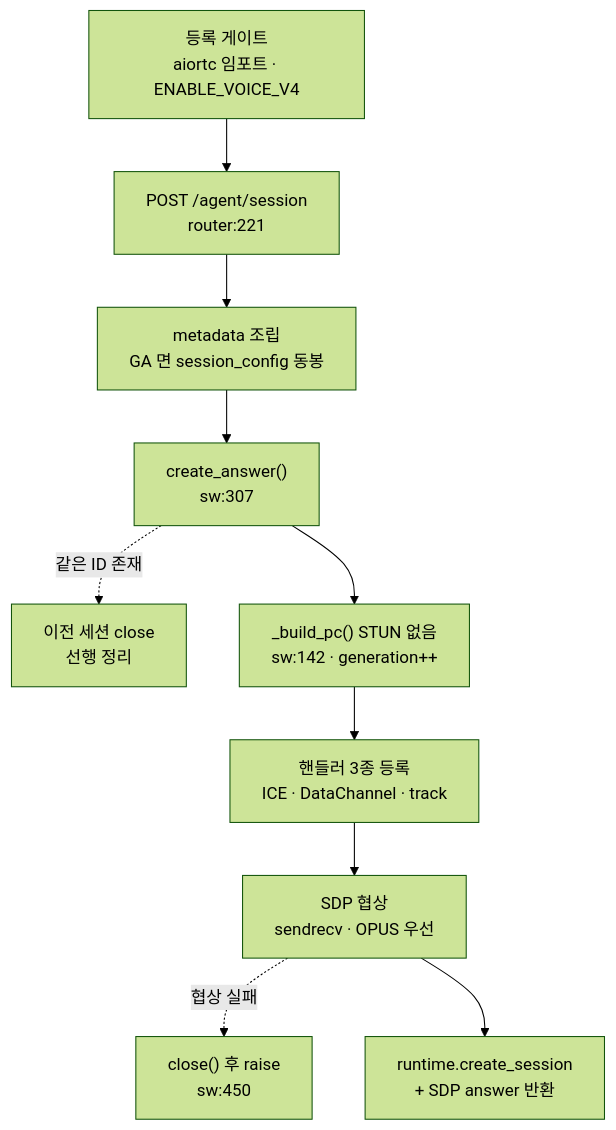
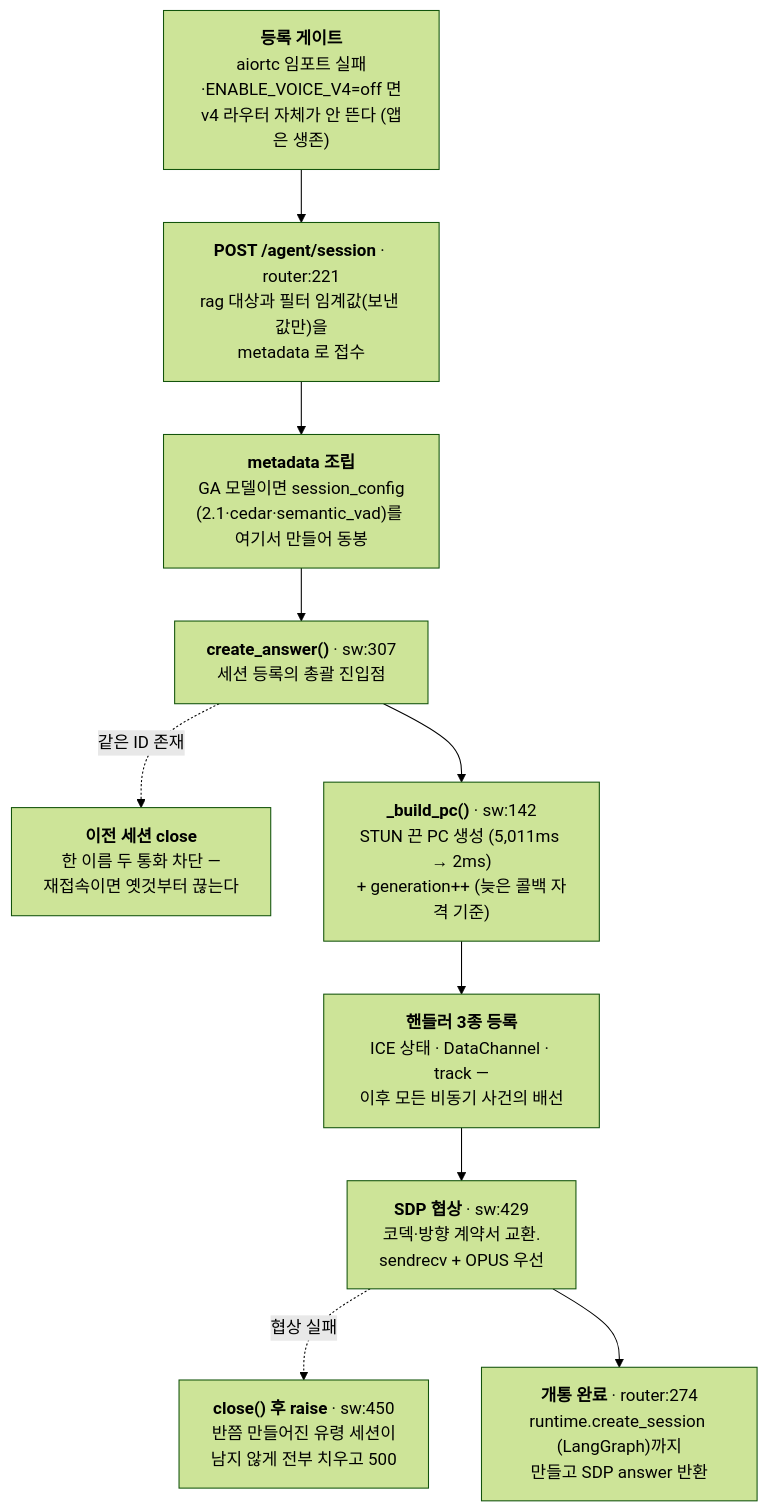
Before and after one commit to yeotaeho/asadal_obsidian: the second of 7 diagrams in 아사달/프로젝트/AI음성/AI음성 - 런타임 플로우.md, drawn with Mermaid (forest theme). The commit also changed other lines of this file and 21 other files, not shown here.

````diff
--- a/아사달/프로젝트/AI음성/AI음성 - 런타임 플로우.md
+++ b/아사달/프로젝트/AI음성/AI음성 - 런타임 플로우.md
@@ -38,12 +53,12 @@
 ```mermaid
 flowchart TD
-    G1["등록 게이트<br/>aiortc 임포트 · ENABLE_VOICE_V4"] --> A1["POST /agent/session<br/>router:221"]
-    A1 --> A2["metadata 조립<br/>GA 면 session_config 동봉"]
-    A2 --> A3["create_answer()<br/>sw:307"]
-    A3 -.->|"같은 ID 존재"| X1["이전 세션 close<br/>선행 정리"]
-    A3 --> A4["_build_pc() STUN 없음<br/>sw:142 · generation++"]
-    A4 --> A5["핸들러 3종 등록<br/>ICE · DataChannel · track"]
-    A5 --> A6["SDP 협상<br/>sendrecv · OPUS 우선"]
-    A6 -.->|"협상 실패"| X2["close() 후 raise<br/>sw:450"]
-    A6 --> A7["runtime.create_session<br/>+ SDP answer 반환"]
+    G1["<b>등록 게이트</b><br/>aiortc 임포트 실패·ENABLE_VOICE_V4=off 면<br/>v4 라우터 자체가 안 뜬다 (앱은 생존)"] --> A1["<b>POST /agent/session</b> · router:221<br/>rag 대상과 필터 임계값(보낸 값만)을<br/>metadata 로 접수"]
+    A1 --> A2["<b>metadata 조립</b><br/>GA 모델이면 session_config<br/>(2.1·cedar·semantic_vad)를 여기서 만들어 동봉"]
+    A2 --> A3["<b>create_answer()</b> · sw:307<br/>세션 등록의 총괄 진입점"]
+    A3 -.->|"같은 ID 존재"| X1["<b>이전 세션 close</b><br/>한 이름 두 통화 차단 —<br/>재접속이면 옛것부터 끊는다"]
+    A3 --> A4["<b>_build_pc()</b> · sw:142<br/>STUN 끈 PC 생성 (5,011ms → 2ms)<br/>+ generation++ (늦은 콜백 자격 기준)"]
+    A4 --> A5["<b>핸들러 3종 등록</b><br/>ICE 상태 · DataChannel · track —<br/>이후 모든 비동기 사건의 배선"]
+    A5 --> A6["<b>SDP 협상</b> · sw:429<br/>코덱·방향 계약서 교환.<br/>sendrecv + OPUS 우선"]
+    A6 -.->|"협상 실패"| X2["<b>close() 후 raise</b> · sw:450<br/>반쯤 만들어진 유령 세션이<br/>남지 않게 전부 치우고 500"]
+    A6 --> A7["<b>개통 완료</b> · router:274<br/>runtime.create_session (LangGraph)까지<br/>만들고 SDP answer 반환"]
 ```
````
